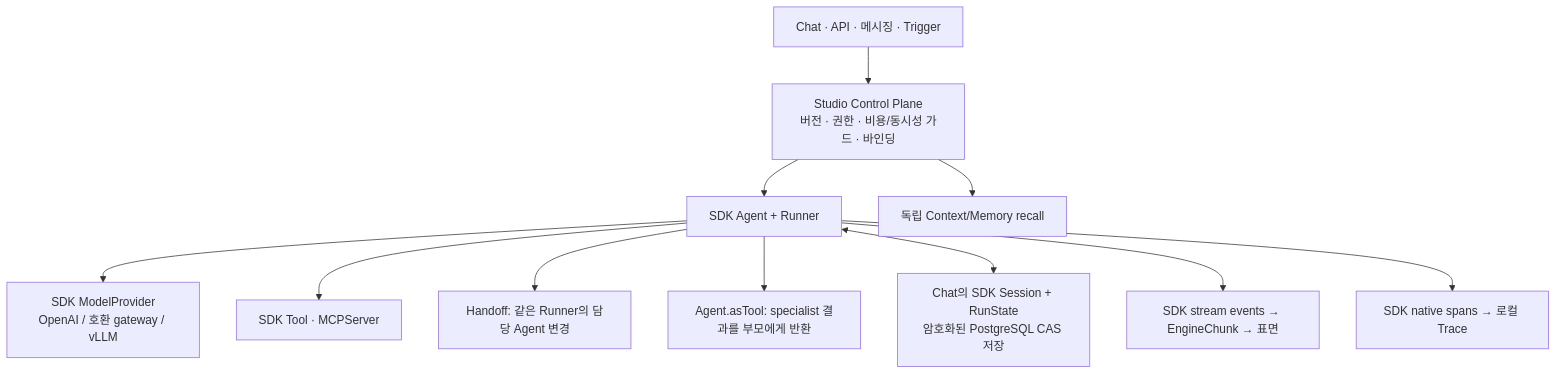
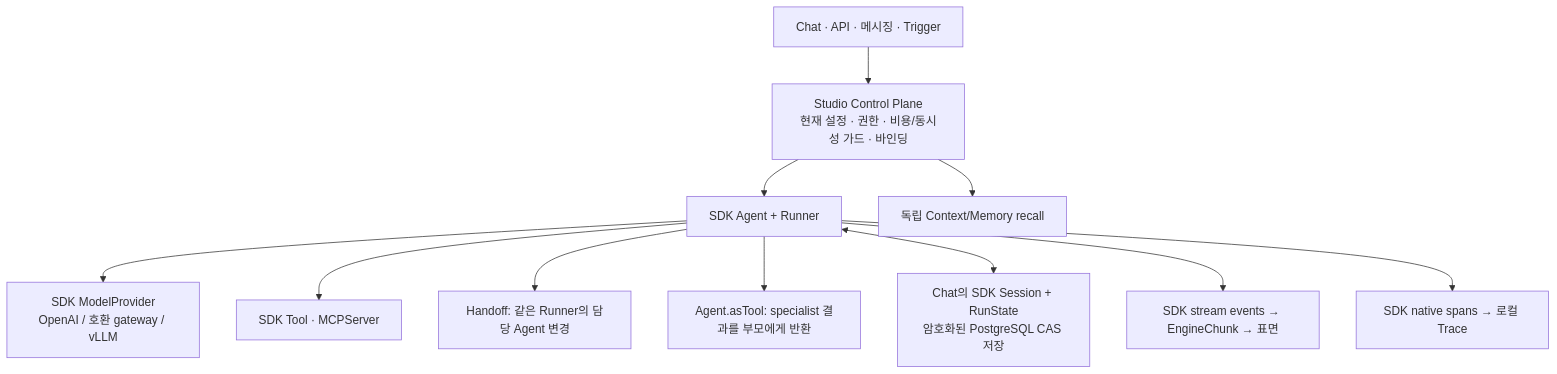
Before and after one commit to opspresso/agent-studio: the diagram in docs/design/execution.md, drawn with Mermaid. The commit also changed other lines of this file and 63 other files, not shown here.

````diff
--- a/docs/design/execution.md
+++ b/docs/design/execution.md
@@ -77,13 +46,13 @@
 ```mermaid
 flowchart TB
-  surface["Chat · API · 메시징 · Trigger"] --> control["Studio Control Plane<br/>버전 · 권한 · 비용/동시성 가드 · 바인딩"]
+  surface["Chat · API · 메시징 · Trigger"] --> control["Studio Control Plane<br/>현재 설정 · 권한 · 비용/동시성 가드 · 바인딩"]
   control --> runtime["SDK Agent + Runner"]
   runtime --> model["SDK ModelProvider<br/>OpenAI / 호환 gateway / vLLM"]
   runtime --> capabilities["SDK Tool · MCPServer"]
   runtime --> handoff["Handoff: 같은 Runner의 담당 Agent 변경"]
   runtime --> delegate["Agent.asTool: specialist 결과를 부모에게 반환"]
   runtime <--> session["Chat의 SDK Session + RunState<br/>암호화된 PostgreSQL CAS 저장"]
   runtime --> events["SDK stream events → EngineChunk → 표면"]
   runtime --> trace["SDK native spans → 로컬 Trace"]
   control --> memory["독립 Context/Memory recall"]
 ```
````
